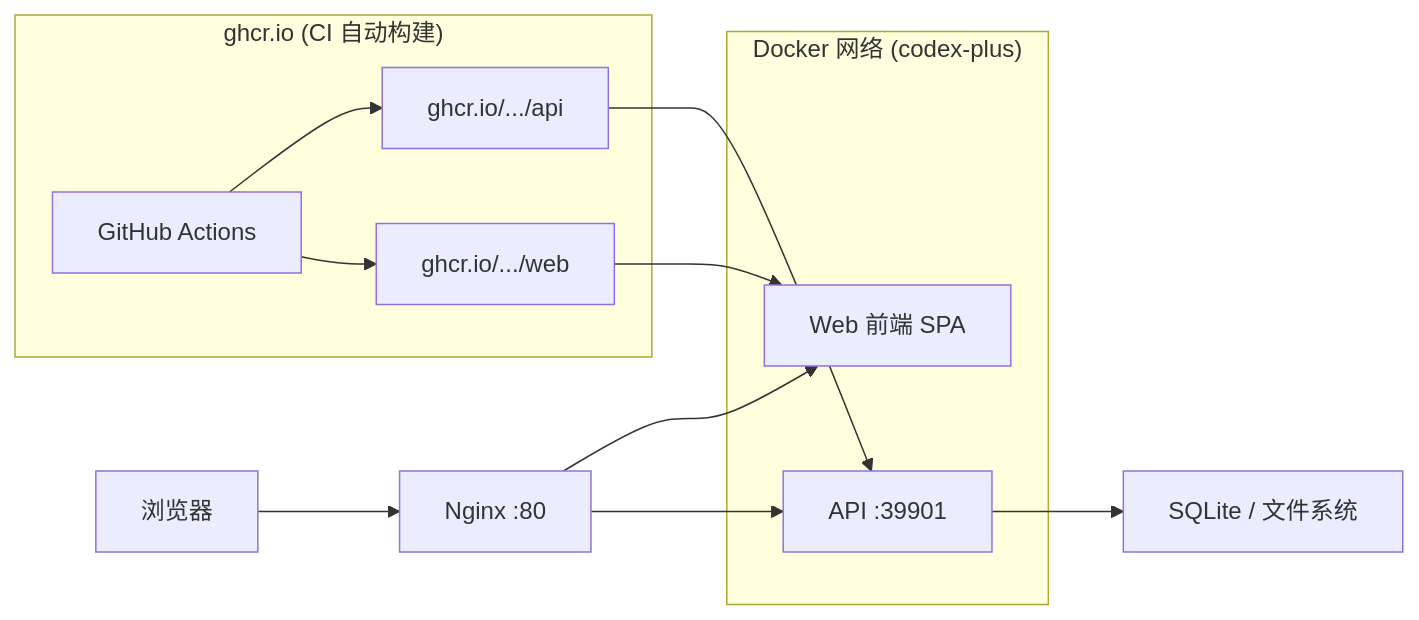
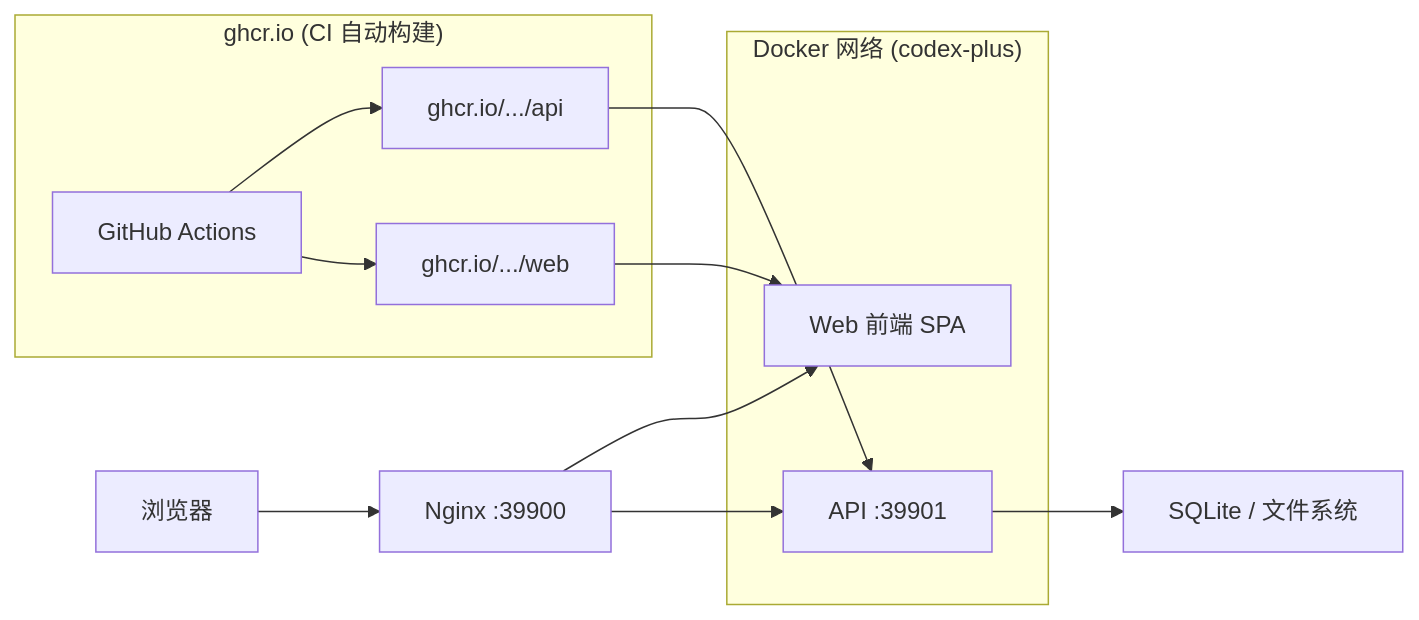
One commit to michaellab7284/codex-plus-web changed the first of 2 diagrams in README.md. Above: the diagram before and after it, drawn with Mermaid. The commit also changed other lines of this file and 3 other files, not shown here.

````diff
--- a/README.md
+++ b/README.md
@@ -73,17 +73,17 @@
 ```mermaid
 graph LR
-    A[浏览器] --> B[Nginx :80]
+    A[浏览器] --> B[Nginx :39900]
     B --> C[Web 前端 SPA]
     B --> D[API :39901]
     D --> E[SQLite / 文件系统]
     subgraph "Docker 网络 (codex-plus)"
         C
         D
     end
     subgraph "ghcr.io (CI 自动构建)"
         F[GitHub Actions] --> G[ghcr.io/.../api]
         F --> H[ghcr.io/.../web]
     end
     G --> D
     H --> C
 ```
````
